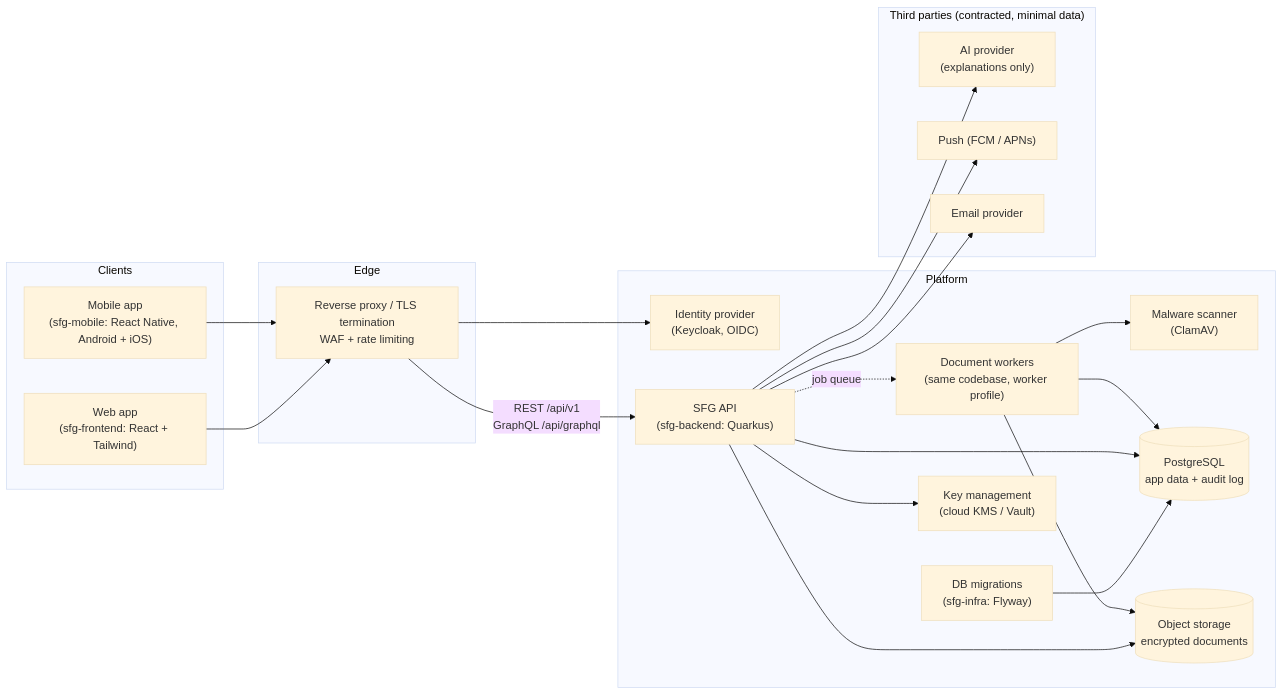
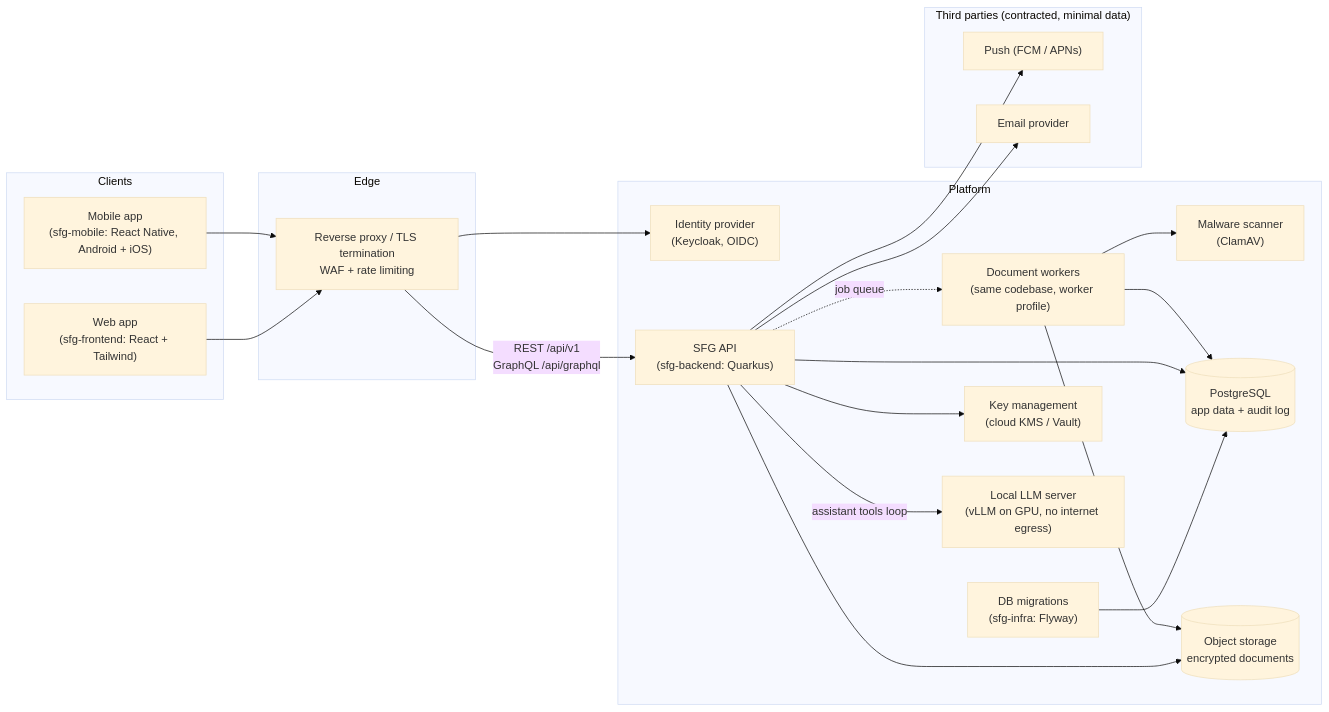
Before and after one commit to sdebie/sfg-parent: the first of 6 diagrams in docs/high-level-design.md, drawn with Mermaid (base theme). The commit also changed other lines of this file, not shown here.

First line of the commit message:
HLD: add local AI assistant (Ask SFG), answers Q5

````diff
--- a/docs/high-level-design.md
+++ b/docs/high-level-design.md
@@ -65,44 +69,44 @@
 ```mermaid
 flowchart LR
   subgraph Clients
     WEB["Web app<br/>(sfg-frontend: React + Tailwind)"]
     MOB["Mobile app<br/>(sfg-mobile: React Native, Android + iOS)"]
   end
 
   subgraph Edge
     RP["Reverse proxy / TLS termination<br/>WAF + rate limiting"]
   end
 
   subgraph Platform
     MIG["DB migrations<br/>(sfg-infra: Flyway)"]
     IDP["Identity provider<br/>(Keycloak, OIDC)"]
     API["SFG API<br/>(sfg-backend: Quarkus)"]
     WRK["Document workers<br/>(same codebase, worker profile)"]
     AV["Malware scanner<br/>(ClamAV)"]
     DB[("PostgreSQL<br/>app data + audit log")]
     OBJ[("Object storage<br/>encrypted documents")]
     KMS["Key management<br/>(cloud KMS / Vault)"]
+    LLM["Local LLM server<br/>(vLLM on GPU, no internet egress)"]
   end
 
   subgraph External["Third parties (contracted, minimal data)"]
-    LLM["AI provider<br/>(explanations only)"]
     PUSH["Push (FCM / APNs)"]
     MAIL["Email provider"]
   end
 
   WEB --> RP
   MOB --> RP
   RP -- "REST /api/v1<br/>GraphQL /api/graphql" --> API
   RP --> IDP
   MIG --> DB
   API --> DB
   API --> OBJ
   API --> KMS
   API -. job queue .-> WRK
   WRK --> AV
   WRK --> OBJ
   WRK --> DB
-  API --> LLM
+  API -- "assistant tools loop" --> LLM
   API --> PUSH
   API --> MAIL
 ```
````
